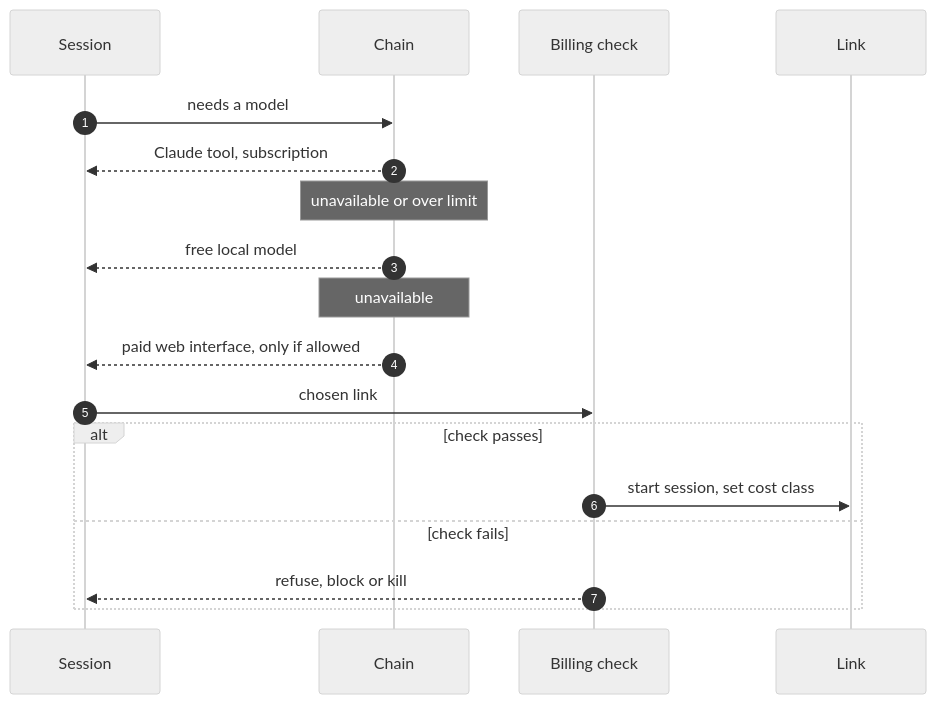
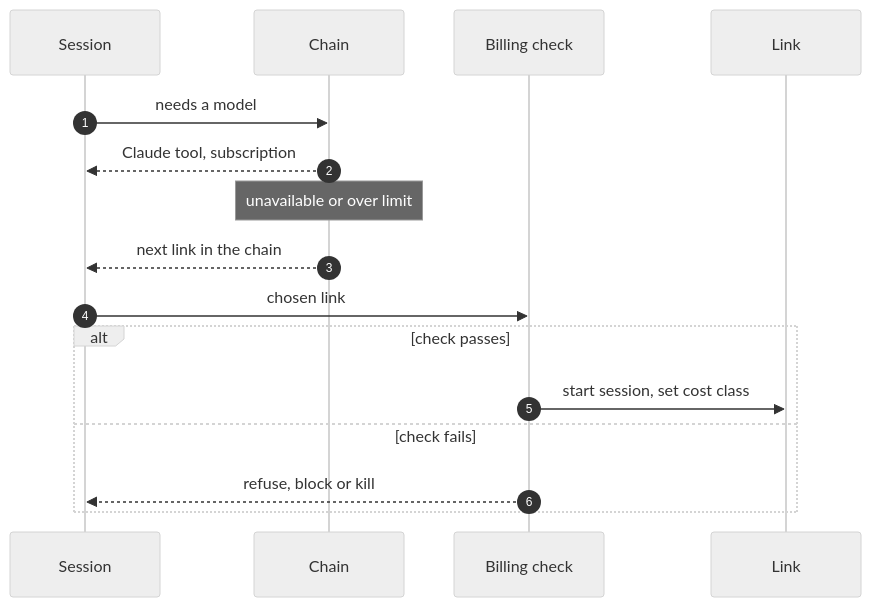
Before and after one commit to rdevitto86/komodo-agentic-harness-coding: diagram 42 of 45 in docs/hld.md, drawn with Mermaid (neutral theme). The commit also changed other lines of this file, not shown here.

````diff
--- a/docs/hld.md
+++ b/docs/hld.md
@@ -1886,20 +1875,18 @@
 ```mermaid
 sequenceDiagram
   autonumber
   participant S as Session
   participant C as Chain
   participant B as Billing check
   participant L as Link
   S->>C: needs a model
   C-->>S: Claude tool, subscription
   Note over C: unavailable or over limit
-  C-->>S: free local model
-  Note over C: unavailable
-  C-->>S: paid web interface, only if allowed
+  C-->>S: next link in the chain
   S->>B: chosen link
   alt check passes
     B->>L: start session, set cost class
   else check fails
     B-->>S: refuse, block or kill
   end
 ```
````
